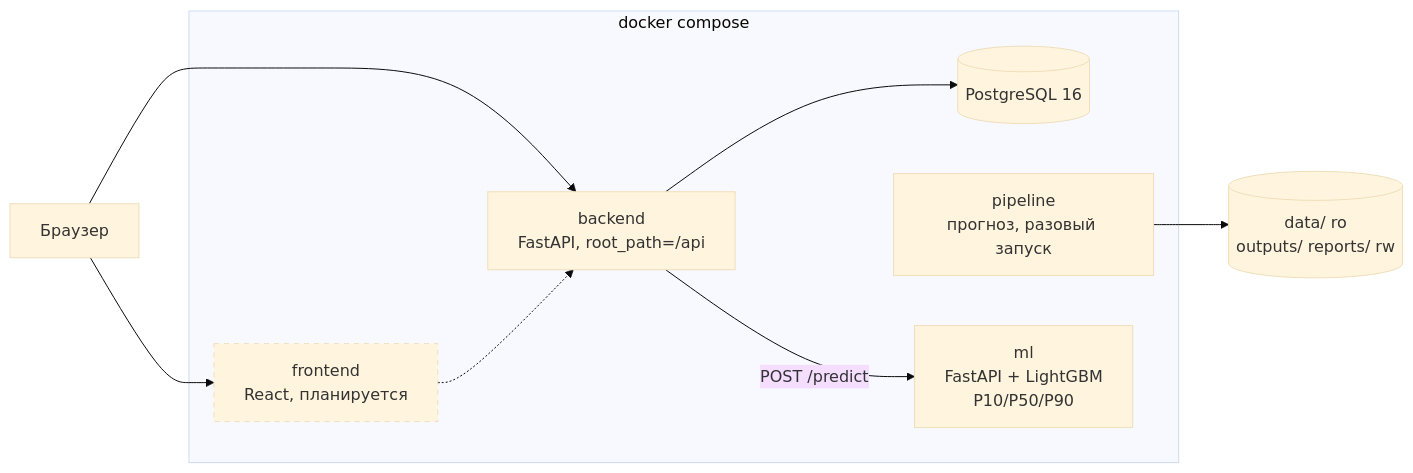
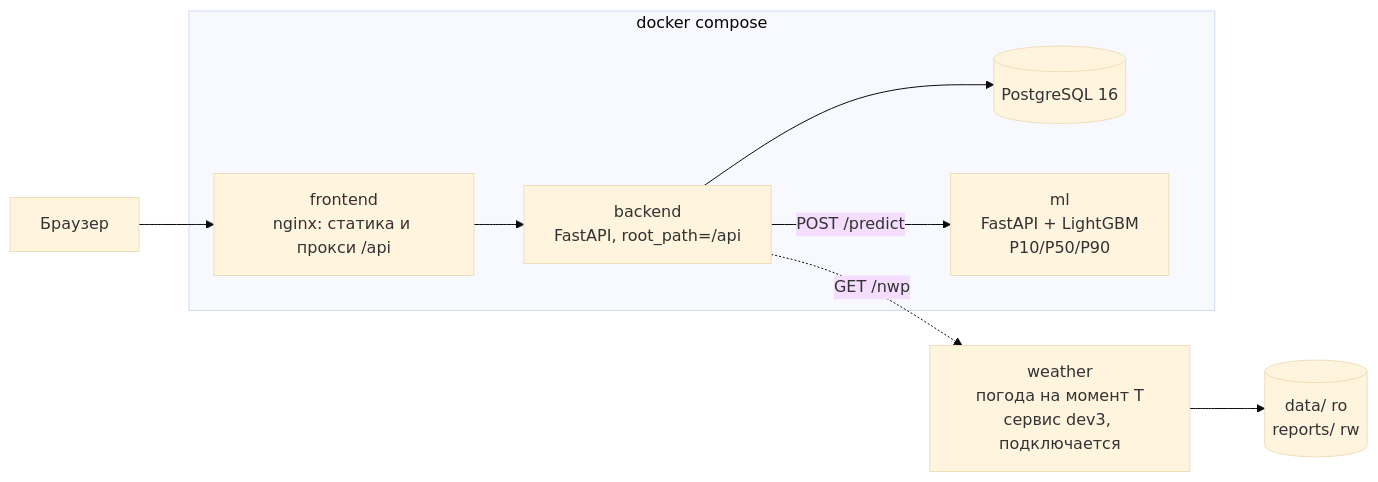
The first of 2 diagrams in docs/ARCHITECTURE.md (BAITC-Hacks/hack-5e5a1903-mg-ai), drawn with Mermaid (base theme) before and after one commit. The commit also changed other lines of this file and 11 other files, not shown here.

First line of the commit message:
chore(compose): serve the dashboard from nginx and drop the dead pipeline command

````diff
--- a/docs/ARCHITECTURE.md
+++ b/docs/ARCHITECTURE.md
@@ -5,27 +5,24 @@
 ```mermaid
 flowchart LR
     Client["Браузер"]
-    FE["frontend<br/>React, планируется"]
+    FE["frontend<br/>nginx: статика и прокси /api"]
     BE["backend<br/>FastAPI, root_path=/api"]
     DB[("PostgreSQL 16")]
-    PL["pipeline<br/>прогноз, разовый запуск"]
     ML["ml<br/>FastAPI + LightGBM<br/>P10/P50/P90"]
-    VOL[("data/ ro<br/>outputs/ reports/ rw")]
+    WX["weather<br/>погода на момент T<br/>сервис dev3, подключается"]
+    DATA[("data/ ro<br/>reports/ rw")]
 
     Client --> FE
-    Client --> BE
-    FE -.-> BE
+    FE --> BE
     BE --> DB
-    PL --> VOL
     BE -- "POST /predict" --> ML
+    BE -. "GET /nwp" .-> WX
+    WX --> DATA
 
     subgraph compose["docker compose"]
         FE
         BE
         DB
-        PL
         ML
     end
-
-    style FE stroke-dasharray: 5 5
 ```
````
